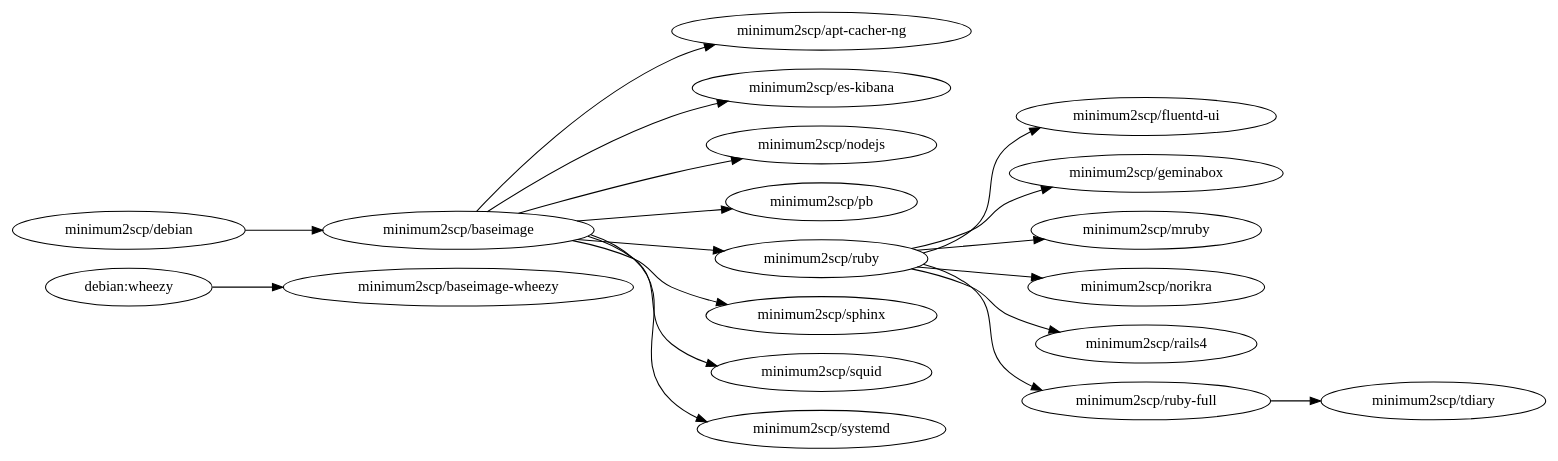
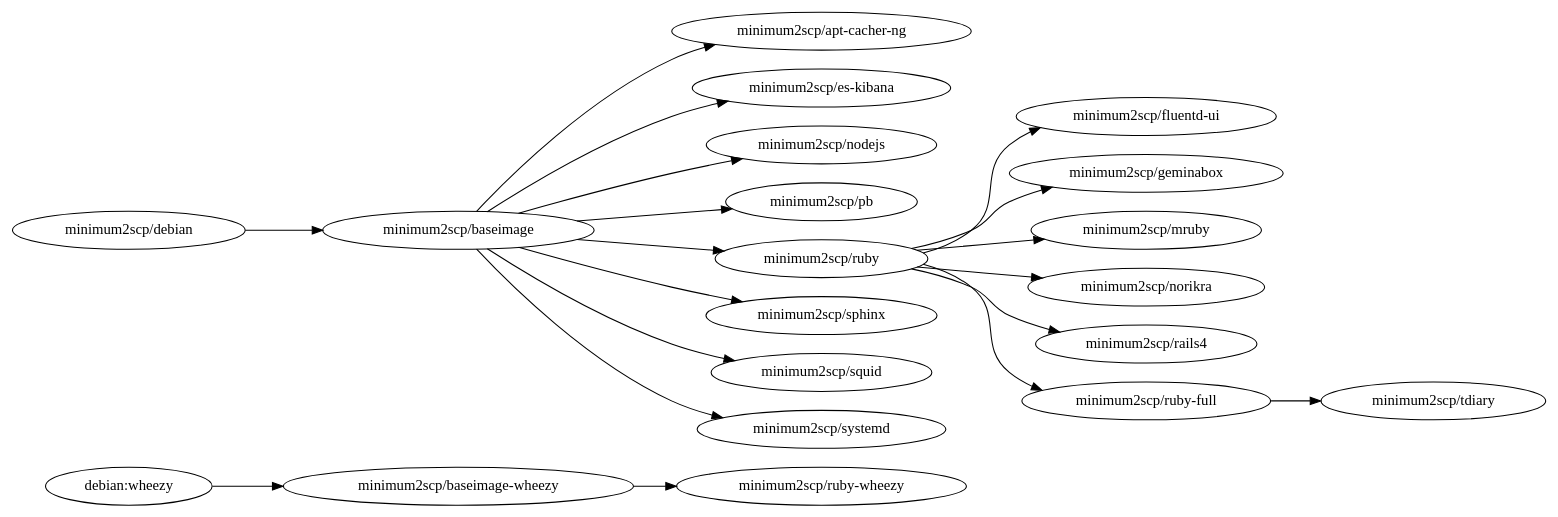
The diagram in deps.dot (minimum2scp/dockerfiles), drawn with Graphviz before and after one commit.

Commit message:
add ruby-wheezy into deps.dot

```diff
--- a/deps.dot
+++ b/deps.dot
@@ -1,32 +1,34 @@
 digraph deps {
   graph        [rankdir = "LR"];
   ratio = auto;
 
   wheezy            [label = "debian:wheezy"];
 
   acng              [label = "minimum2scp/apt-cacher-ng"];
   baseimage         [label = "minimum2scp/baseimage"];
   baseimage_wheezy  [label = "minimum2scp/baseimage-wheezy"];
   debian            [label = "minimum2scp/debian"];
   es_kibana         [label = "minimum2scp/es-kibana"];
   fluentd_ui        [label = "minimum2scp/fluentd-ui"];
   geminabox         [label = "minimum2scp/geminabox"];
   mruby             [label = "minimum2scp/mruby"];
   nodejs            [label = "minimum2scp/nodejs"];
   norikra           [label = "minimum2scp/norikra"];
   pb                [label = "minimum2scp/pb"];
   rails4            [label = "minimum2scp/rails4"];
   ruby              [label = "minimum2scp/ruby"];
   ruby_full         [label = "minimum2scp/ruby-full"];
+  ruby_wheezy       [label = "minimum2scp/ruby-wheezy"];
   sphinx            [label = "minimum2scp/sphinx"];
   squid             [label = "minimum2scp/squid"];
   systemd           [label = "minimum2scp/systemd"];
   tdiary            [label = "minimum2scp/tdiary"];
 
   debian    -> baseimage;
   baseimage -> {acng, es_kibana, nodejs, pb, ruby, sphinx, squid, systemd};
   ruby      -> {fluentd_ui, geminabox, mruby, norikra, rails4, ruby_full};
   ruby_full -> {tdiary};
 
   wheezy    -> baseimage_wheezy;
+  baseimage_wheezy -> ruby_wheezy;
 }
```
